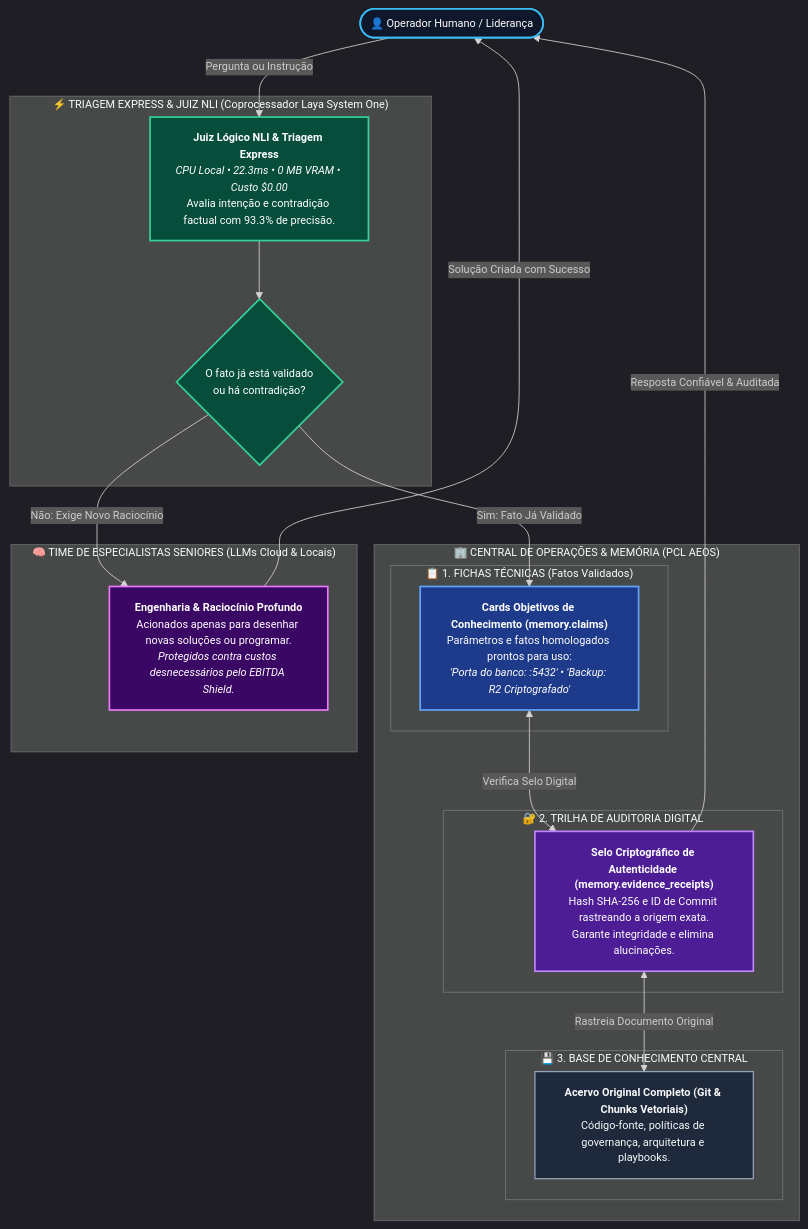
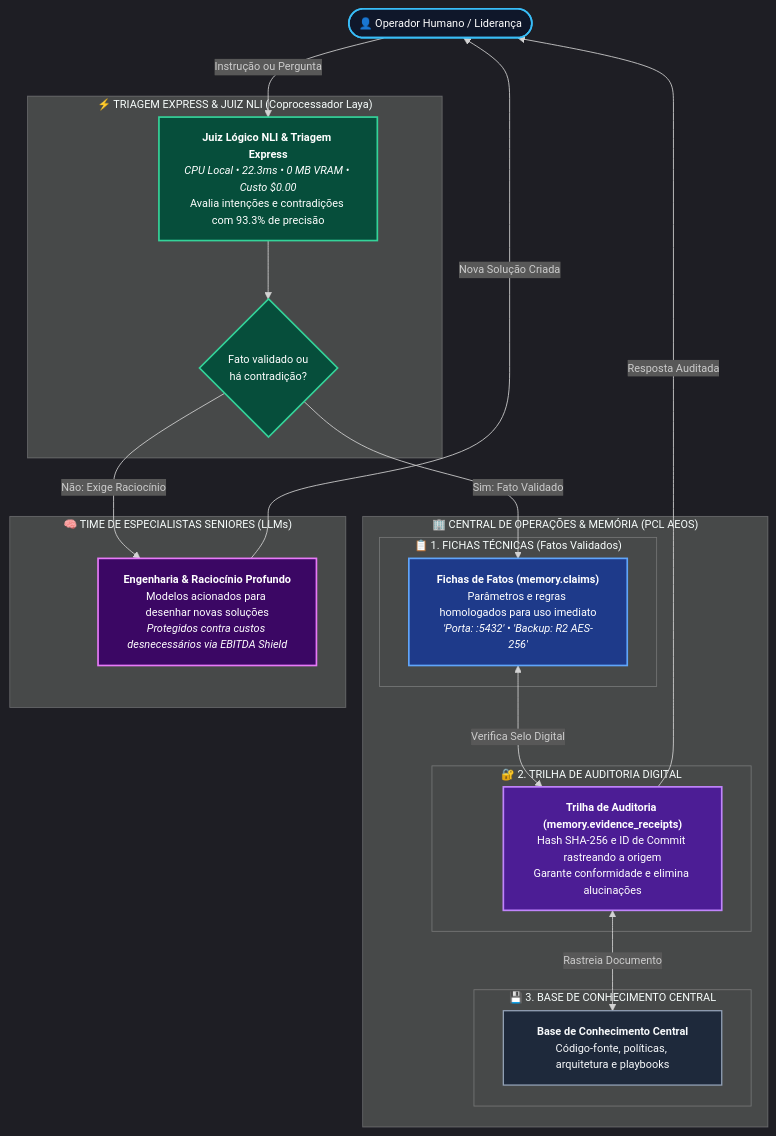
The diagram in docs/architecture-v2-executive-guide.md (EnterDufter/PromptCoreLabs_AEOS), drawn with Mermaid before and after one commit. The commit also changed other lines of this file and 8 other files, not shown here.

Commit message:
style(mermaid): calibrate diagram dimensions, anti-clipping CSS and add cortex mermaid governance

````diff
--- a/docs/architecture-v2-executive-guide.md
+++ b/docs/architecture-v2-executive-guide.md
@@ -20,53 +20,53 @@
 ```mermaid
 %%{init: {'theme': 'dark', 'themeVariables': { 'fontSize': '13px', 'fontFamily': 'Inter, sans-serif' }}}%%
 flowchart TD
     Cliente(["👤 Operador Humano / Liderança"])
 
-    subgraph Portaria["⚡ TRIAGEM EXPRESS & JUIZ NLI (Coprocessador Laya System One)"]
-        Laya["<b>Juiz Lógico NLI & Triagem Express</b><br/><i>CPU Local • 22.3ms • 0 MB VRAM • Custo $0.00</i><br/>Avalia intenção e contradição factual com 93.3% de precisão."]
-        Filtro{"O fato já está validado<br/>ou há contradição?"}
+    subgraph Portaria["⚡ TRIAGEM EXPRESS & JUIZ NLI (Coprocessador Laya)"]
+        Laya["<b>Juiz Lógico NLI & Triagem Express</b><br/><i>CPU Local • 22.3ms • 0 MB VRAM • Custo $0.00</i><br/>Avalia intenções e contradições com 93.3% de precisão"]
+        Filtro{"Fato validado ou<br/>há contradição?"}
         Laya --> Filtro
     end
 
     subgraph Hub["🏢 CENTRAL DE OPERAÇÕES & MEMÓRIA (PCL AEOS)"]
         subgraph Fichario["📋 1. FICHAS TÉCNICAS (Fatos Validados)"]
-            Claims["<b>Cards Objetivos de Conhecimento (memory.claims)</b><br/>Parâmetros e fatos homologados prontos para uso:<br/><i>'Porta do banco: :5432' • 'Backup: R2 Criptografado'</i>"]
+            Claims["<b>Fichas de Fatos (memory.claims)</b><br/>Parâmetros e regras homologados para uso imediato<br/><i>'Porta: :5432' • 'Backup: R2 AES-256'</i>"]
         end
 
         subgraph Cartorio["🔐 2. TRILHA DE AUDITORIA DIGITAL"]
-            Recibos["<b>Selo Criptográfico de Autenticidade (memory.evidence_receipts)</b><br/>Hash SHA-256 e ID de Commit rastreando a origem exata.<br/>Garante integridade e elimina alucinações."]
+            Recibos["<b>Trilha de Auditoria (memory.evidence_receipts)</b><br/>Hash SHA-256 e ID de Commit rastreando a origem<br/>Garante conformidade e elimina alucinações"]
         end
 
         subgraph Biblioteca["💾 3. BASE DE CONHECIMENTO CENTRAL"]
-            Docs["<b>Acervo Original Completo (Git & Chunks Vetoriais)</b><br/>Código-fonte, políticas de governança, arquitetura e playbooks."]
+            Docs["<b>Base de Conhecimento Central</b><br/>Código-fonte, políticas, arquitetura e playbooks"]
         end
     end
 
-    subgraph Especialistas["🧠 TIME DE ESPECIALISTAS SENIORES (LLMs Cloud & Locais)"]
-        LLM["<b>Engenharia & Raciocínio Profundo</b><br/>Acionados apenas para desenhar novas soluções ou programar.<br/><i>Protegidos contra custos desnecessários pelo EBITDA Shield.</i>"]
+    subgraph Especialistas["🧠 TIME DE ESPECIALISTAS SENIORES (LLMs)"]
+        LLM["<b>Engenharia & Raciocínio Profundo</b><br/>Modelos acionados para desenhar novas soluções<br/><i>Protegidos contra custos desnecessários via EBITDA Shield</i>"]
     end
 
-    %% Fluxos
-    Cliente -->|"Pergunta ou Instrução"| Laya
-    Filtro -->|"Sim: Fato Já Validado"| Claims
+    %% Fluxos Operacionais
+    Cliente -->|"Instrução ou Pergunta"| Laya
+    Filtro -->|"Sim: Fato Validado"| Claims
     Claims <-->|"Verifica Selo Digital"| Recibos
-    Recibos <-->|"Rastreia Documento Original"| Docs
-    Recibos -->|"Resposta Confiável & Auditada"| Cliente
+    Recibos <-->|"Rastreia Documento"| Docs
+    Recibos -->|"Resposta Auditada"| Cliente
 
-    Filtro -->|"Não: Exige Novo Raciocínio"| LLM
-    LLM -->|"Solução Criada com Sucesso"| Cliente
+    Filtro -->|"Não: Exige Raciocínio"| LLM
+    LLM -->|"Nova Solução Criada"| Cliente
 
-    classDef cliente fill:#0f172a,stroke:#38bdf8,stroke-width:2px,color:#fff;
-    classDef portaria fill:#064e3b,stroke:#34d399,stroke-width:2px,color:#fff;
-    classDef fichario fill:#1e3a8a,stroke:#60a5fa,stroke-width:2px,color:#fff;
-    classDef cartorio fill:#4c1d95,stroke:#c084fc,stroke-width:2px,color:#fff;
+    classDef cliente fill:#0f172a,stroke:#38bdf8,stroke-width:2px,color:#ffffff;
+    classDef portaria fill:#064e3b,stroke:#34d399,stroke-width:2px,color:#ffffff;
+    classDef fichario fill:#1e3a8a,stroke:#60a5fa,stroke-width:2px,color:#ffffff;
+    classDef cartorio fill:#4c1d95,stroke:#c084fc,stroke-width:2px,color:#ffffff;
     classDef biblio fill:#1e293b,stroke:#94a3b8,stroke-width:1.5px,color:#f8fafc;
-    classDef espec fill:#3b0764,stroke:#e879f9,stroke-width:2px,color:#fff;
+    classDef espec fill:#3b0764,stroke:#e879f9,stroke-width:2px,color:#ffffff;
 
     class Cliente cliente;
     class Laya,Filtro portaria;
     class Claims fichario;
     class Recibos cartorio;
     class Docs biblio;
     class LLM espec;
 ```
````
